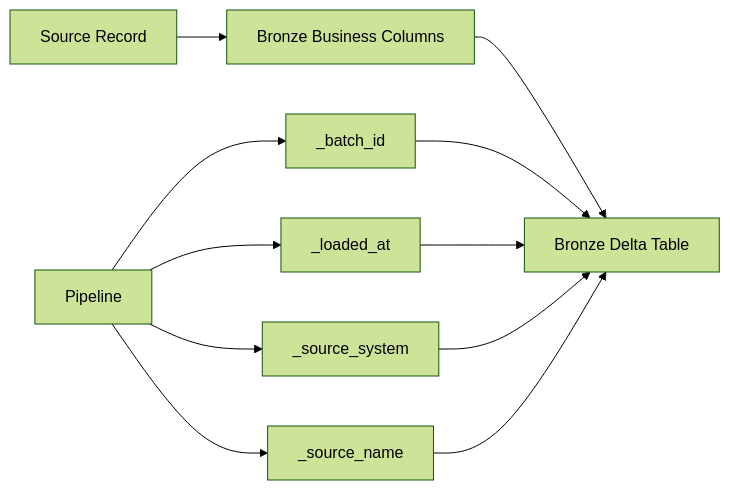
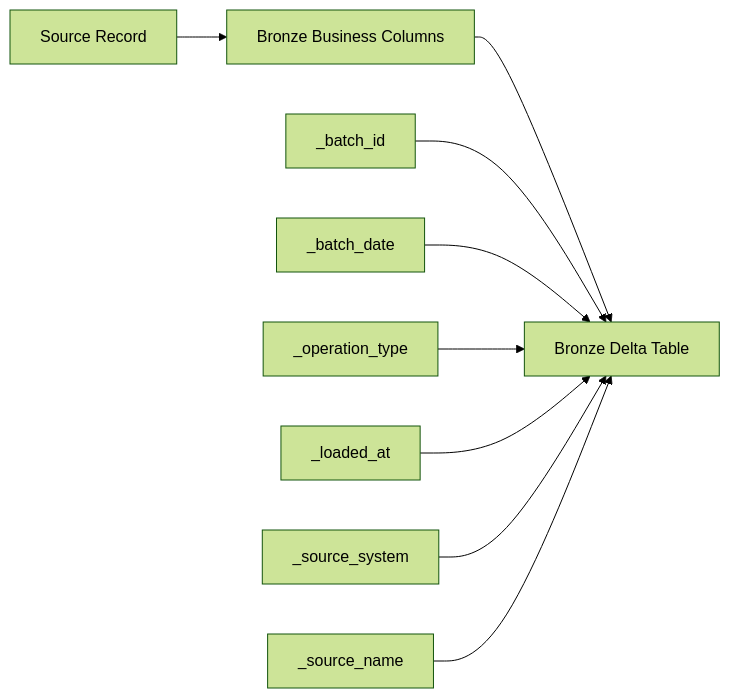
Before and after one commit to anhtnt90dev/rookies-data-dn-2026: the second of 2 diagrams in docs/source-to-target-mapping/source-to-bronze-mapping.md, drawn with Mermaid (forest theme). The commit also changed other lines of this file, not shown here.

Commit message:
docs: refine source-to-bronze metadata mapping

````diff
--- a/docs/source-to-target-mapping/source-to-bronze-mapping.md
+++ b/docs/source-to-target-mapping/source-to-bronze-mapping.md
@@ -49,13 +53,17 @@
 ```mermaid
 flowchart LR
     SRC["Source Record"] --> RAW["Bronze Business Columns"]
-    PIPE["Pipeline"] --> BID["_batch_id"]
-    PIPE --> LAT["_loaded_at"]
-    PIPE --> SS["_source_system"]
-    PIPE --> SN["_source_name"]
+    BID["_batch_id"]
+    BD["_batch_date"]
+    OP["_operation_type"]
+    LAT["_loaded_at"]
+    SS["_source_system"]
+    SN["_source_name"]
     RAW --> BRZ["Bronze Delta Table"]
     BID --> BRZ
+    BD --> BRZ
+    OP --> BRZ
     LAT --> BRZ
     SS --> BRZ
     SN --> BRZ
 ```
````
